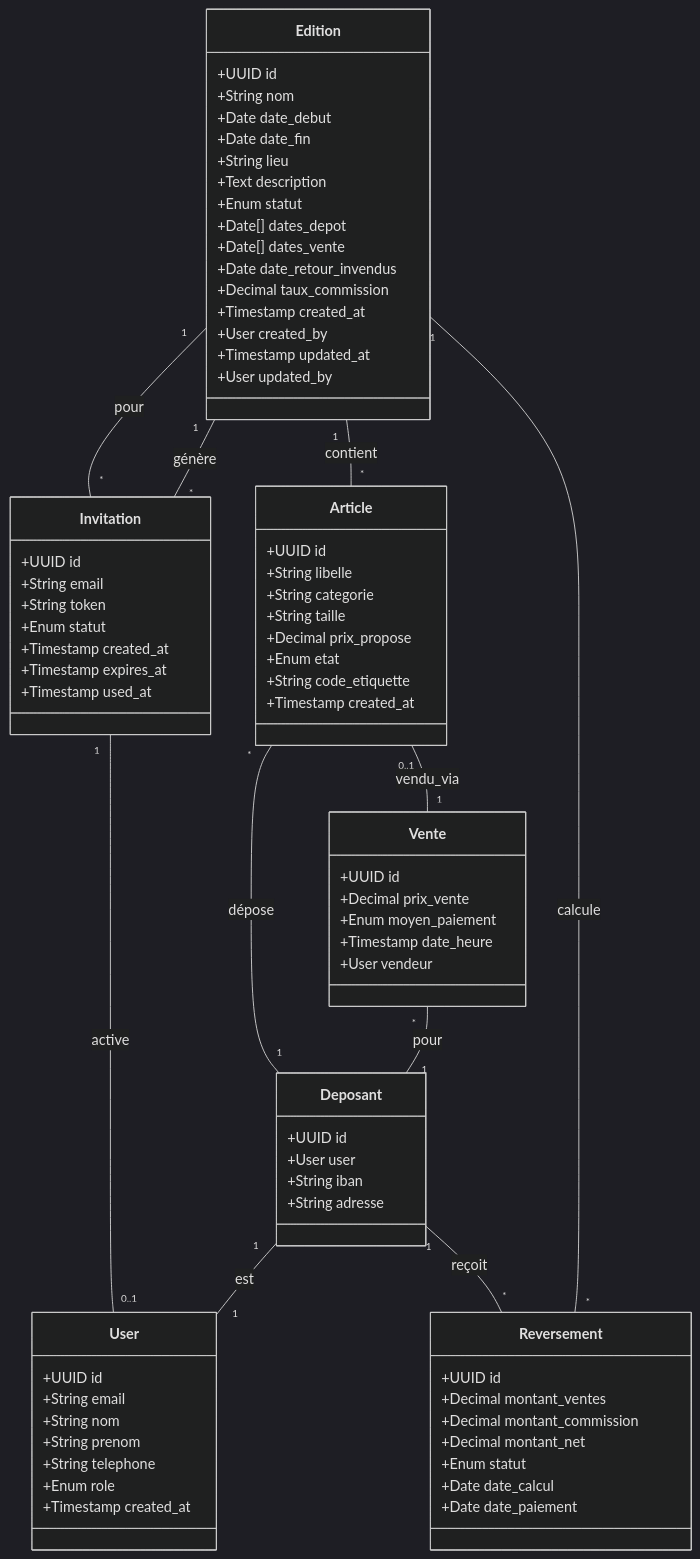
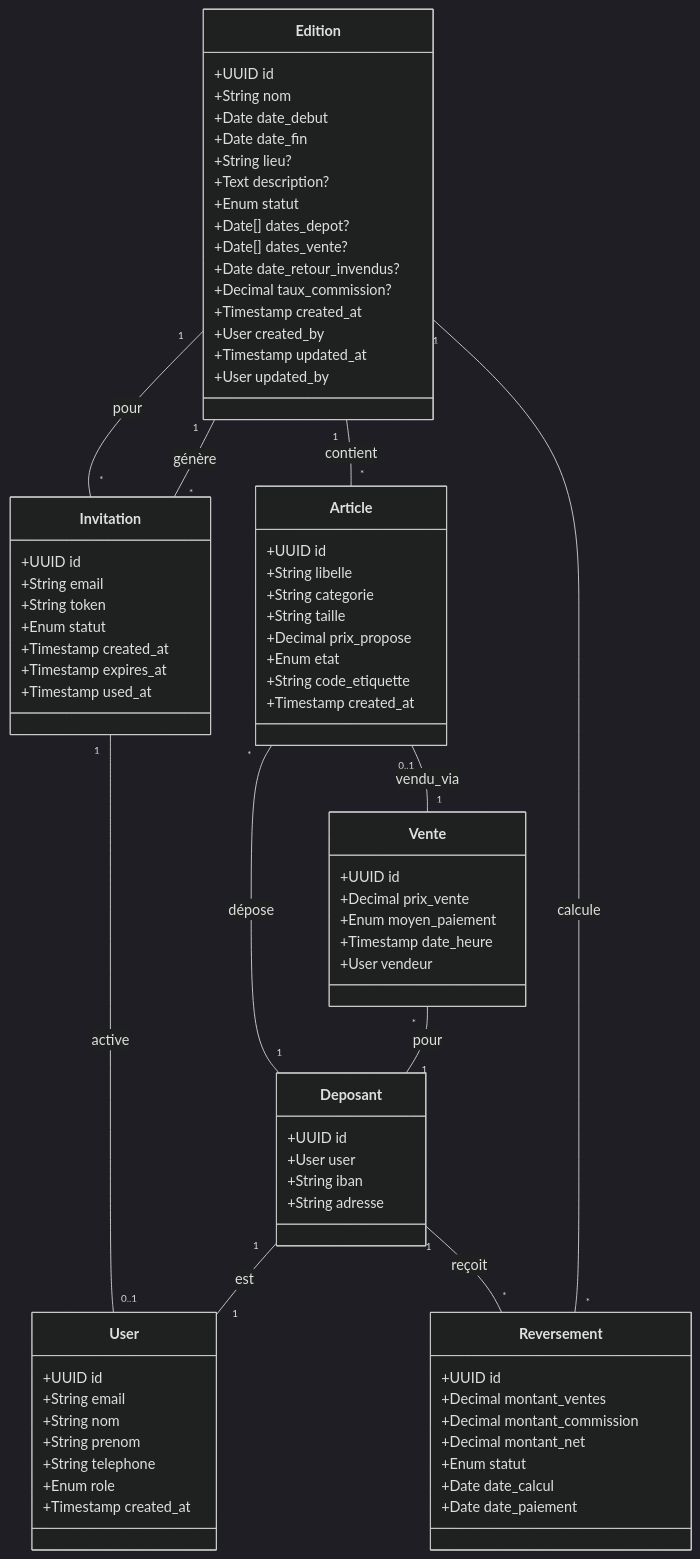
Before and after one commit to ALPE-Plaisance-du-Touch/Gestionnaire-de-Bourse-ALPE: the first of 2 diagrams in docs/domain-model.md, drawn with Mermaid (dark theme). The commit also changed other lines of this file and 1 other file, not shown here.

Commit message:
refactor(US-006): move operational dates to US-007
Simplified US-006 to basic info only (nom, date_debut, date_fin, lieu, description).
Moved dates_depot and date_retour_invendus to US-007.

Changes: 9 AC (was 11), 12 tests (was 14)
Updated domain model with optional operational fields.

```diff
--- a/docs/domain-model.md
+++ b/docs/domain-model.md
@@ -17,13 +17,13 @@
     +String nom
     +Date date_debut
     +Date date_fin
-    +String lieu
-    +Text description
+    +String lieu?
+    +Text description?
     +Enum statut
-    +Date[] dates_depot
-    +Date[] dates_vente
-    +Date date_retour_invendus
-    +Decimal taux_commission
+    +Date[] dates_depot?
+    +Date[] dates_vente?
+    +Date date_retour_invendus?
+    +Decimal taux_commission?
     +Timestamp created_at
     +User created_by
     +Timestamp updated_at
```
